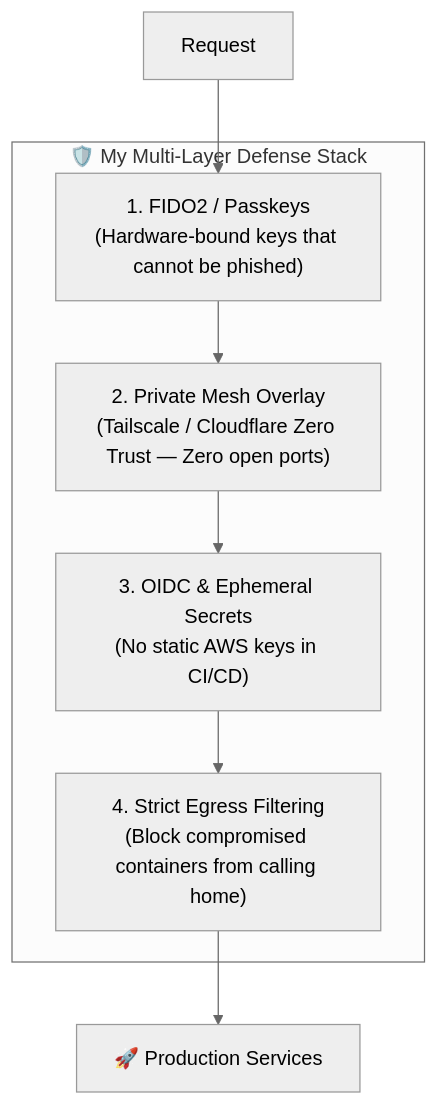
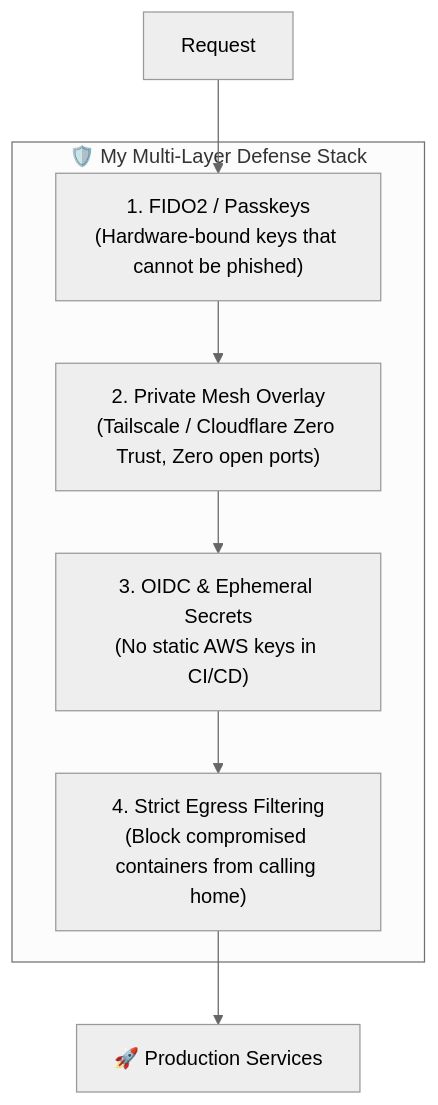
Before and after one commit to ShahzebMahmood/shahzebmahmood.github.io: the second of 2 diagrams in _posts/2026-08-25-ai-powered-cyberattacks-threat-surge-defense.md, drawn with Mermaid (neutral theme). The commit also changed other lines of this file and 4 other files, not shown here.

````diff
--- a/_posts/2026-08-25-ai-powered-cyberattacks-threat-surge-defense.md
+++ b/_posts/2026-08-25-ai-powered-cyberattacks-threat-surge-defense.md
@@ -83,11 +83,11 @@
 ```mermaid
 flowchart TD
     subgraph ZeroTrustLayer["🛡️ My Multi-Layer Defense Stack"]
         Auth["1. FIDO2 / Passkeys\n(Hardware-bound keys that cannot be phished)"]
-        Network["2. Private Mesh Overlay\n(Tailscale / Cloudflare Zero Trust — Zero open ports)"]
+        Network["2. Private Mesh Overlay\n(Tailscale / Cloudflare Zero Trust, Zero open ports)"]
         Identity["3. OIDC & Ephemeral Secrets\n(No static AWS keys in CI/CD)"]
         Egress["4. Strict Egress Filtering\n(Block compromised containers from calling home)"]
     end
 
     User["Request"] --> Auth --> Network --> Identity --> Egress --> Production["🚀 Production Services"]
 ```
````
